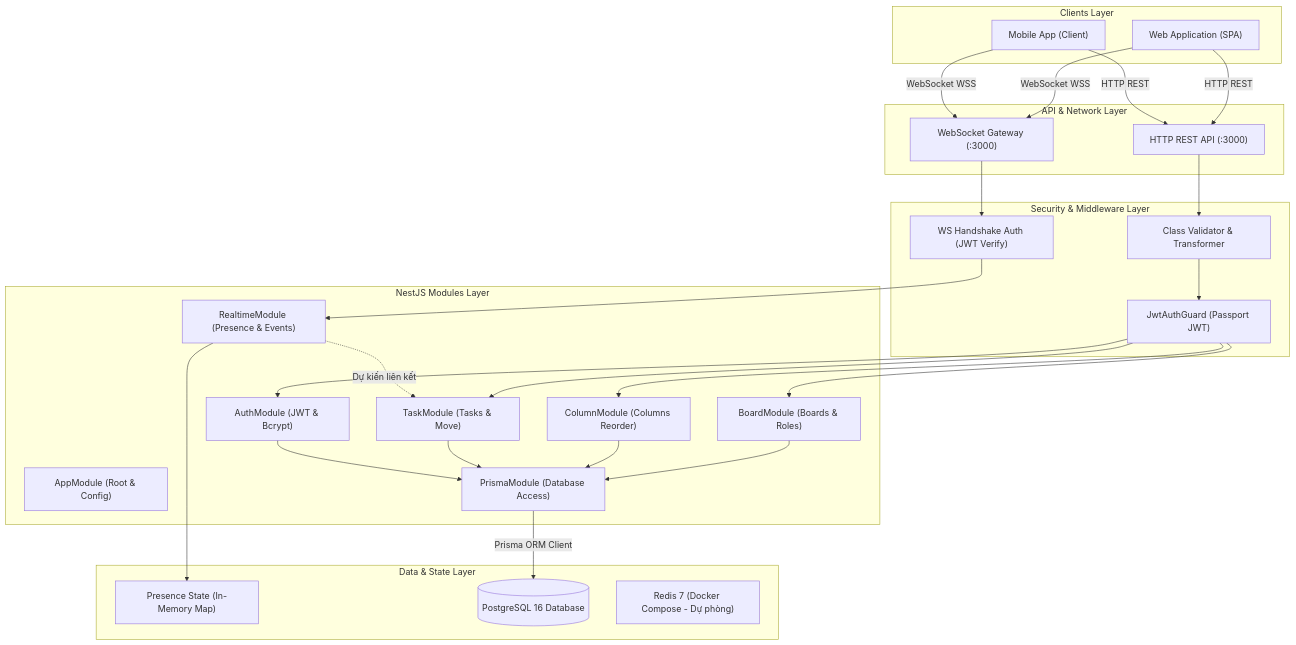
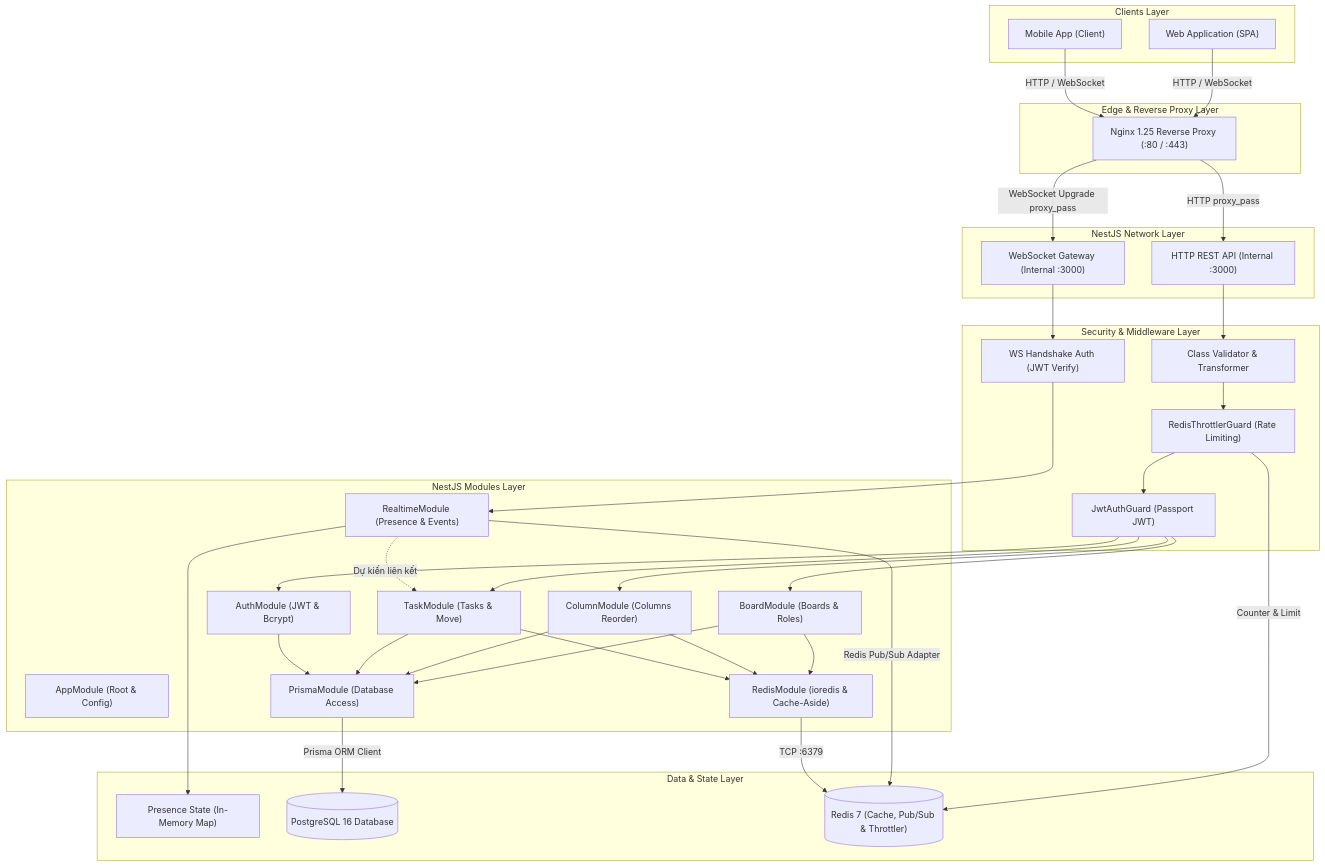
One commit to BambooSync/bamboo-sync-board-server changed the first of 4 diagrams in docs/architecture.md. Above: the diagram before and after it, drawn with Mermaid. The commit also changed other lines of this file and 19 other files, not shown here.

````diff
--- a/docs/architecture.md
+++ b/docs/architecture.md
@@ -11,58 +11,72 @@
 ```mermaid
 graph TB
     subgraph Clients["Clients Layer"]
         WebClient["Web Application (SPA)"]
         MobileClient["Mobile App (Client)"]
     end
 
-    subgraph EntryPoint["API & Network Layer"]
-        HttpEntry["HTTP REST API (:3000)"]
-        WsEntry["WebSocket Gateway (:3000)"]
+    subgraph ReverseProxy["Edge & Reverse Proxy Layer"]
+        NginxProxy["Nginx 1.25 Reverse Proxy (:80 / :443)"]
+    end
+
+    subgraph EntryPoint["NestJS Network Layer"]
+        HttpEntry["HTTP REST API (Internal :3000)"]
+        WsEntry["WebSocket Gateway (Internal :3000)"]
     end
 
     subgraph Security["Security & Middleware Layer"]
+        ThrottlerGuard["RedisThrottlerGuard (Rate Limiting)"]
         JwtGuard["JwtAuthGuard (Passport JWT)"]
         WsAuth["WS Handshake Auth (JWT Verify)"]
         ValidationPipe["Class Validator & Transformer"]
     end
 
     subgraph Business["NestJS Modules Layer"]
         AppMod["AppModule (Root & Config)"]
         AuthMod["AuthModule (JWT & Bcrypt)"]
         BoardMod["BoardModule (Boards & Roles)"]
         ColMod["ColumnModule (Columns Reorder)"]
         TaskMod["TaskModule (Tasks & Move)"]
         RealtimeMod["RealtimeModule (Presence & Events)"]
         PrismaMod["PrismaModule (Database Access)"]
+        RedisMod["RedisModule (ioredis & Cache-Aside)"]
     end
 
     subgraph StateAndStorage["Data & State Layer"]
         InMemoryState["Presence State (In-Memory Map)"]
         Postgres[("PostgreSQL 16 Database")]
-        RedisContainer["Redis 7 (Docker Compose - Dự phòng)"]
+        RedisContainer[("Redis 7 (Cache, Pub/Sub & Throttler)")]
     end
 
-    WebClient -->|HTTP REST| HttpEntry
-    MobileClient -->|HTTP REST| HttpEntry
-    WebClient -->|WebSocket WSS| WsEntry
-    MobileClient -->|WebSocket WSS| WsEntry
+    WebClient -->|HTTP / WebSocket| NginxProxy
+    MobileClient -->|HTTP / WebSocket| NginxProxy
 
-    HttpEntry --> ValidationPipe --> JwtGuard
+    NginxProxy -->|HTTP proxy_pass| HttpEntry
+    NginxProxy -->|WebSocket Upgrade proxy_pass| WsEntry
+
+    HttpEntry --> ValidationPipe --> ThrottlerGuard --> JwtGuard
+    ThrottlerGuard -->|Counter & Limit| RedisContainer
     WsEntry --> WsAuth
 
     JwtGuard --> AuthMod
     JwtGuard --> BoardMod
     JwtGuard --> ColMod
     JwtGuard --> TaskMod
 
     WsAuth --> RealtimeMod
     RealtimeMod --> InMemoryState
+    RealtimeMod -->|Redis Pub/Sub Adapter| RedisContainer
     RealtimeMod -.->|Dự kiến liên kết| TaskMod
 
     BoardMod --> PrismaMod
     ColMod --> PrismaMod
     TaskMod --> PrismaMod
     AuthMod --> PrismaMod
 
+    BoardMod --> RedisMod
+    ColMod --> RedisMod
+    TaskMod --> RedisMod
+
+    RedisMod -->|TCP :6379| RedisContainer
     PrismaMod -->|Prisma ORM Client| Postgres
 ```
````
